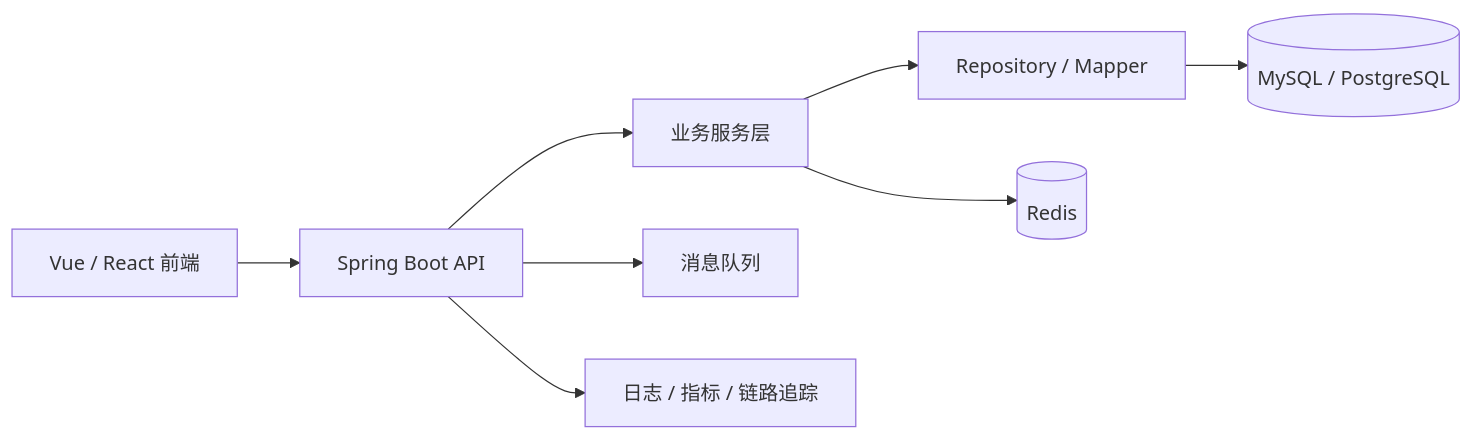
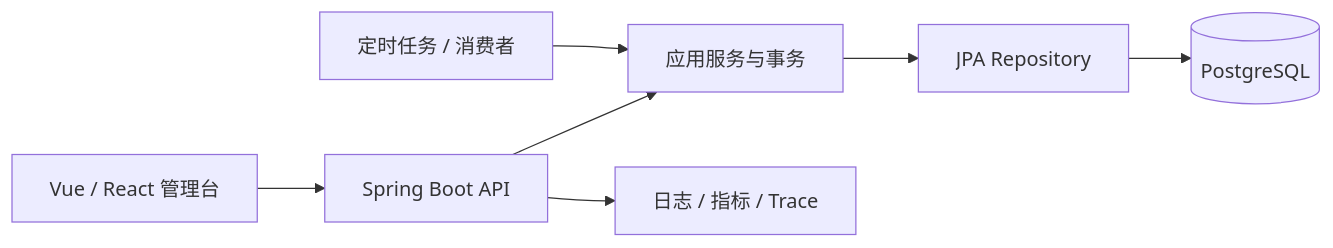
Before and after one commit to yokry-he/yok-study-web: the second of 2 diagrams in docs/java/introduction.md, drawn with Mermaid. The commit also changed other lines of this file and 277 other files, not shown here.

````diff
--- a/docs/java/introduction.md
+++ b/docs/java/introduction.md
@@ -64,10 +102,9 @@
 ```mermaid
 flowchart LR
-  UI[Vue / React 前端] --> API[Spring Boot API]
-  API --> Service[业务服务层]
-  Service --> Repo[Repository / Mapper]
-  Repo --> DB[(MySQL / PostgreSQL)]
-  Service --> Cache[(Redis)]
-  API --> MQ[消息队列]
-  API --> Obs[日志 / 指标 / 链路追踪]
+  UI["Vue / React 管理台"] --> API["Spring Boot API"]
+  API --> APP["应用服务与事务"]
+  APP --> REPO["JPA Repository"]
+  REPO --> DB[("PostgreSQL")]
+  API --> OBS["日志 / 指标 / Trace"]
+  JOB["定时任务 / 消费者"] --> APP
 ```
````
